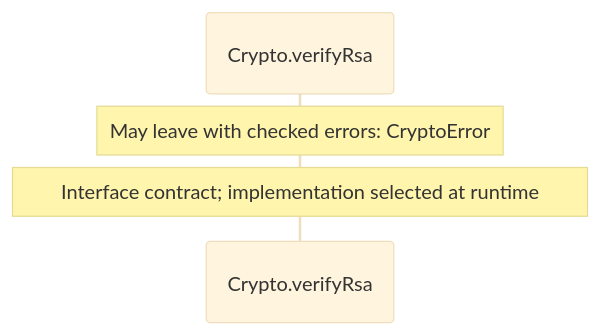
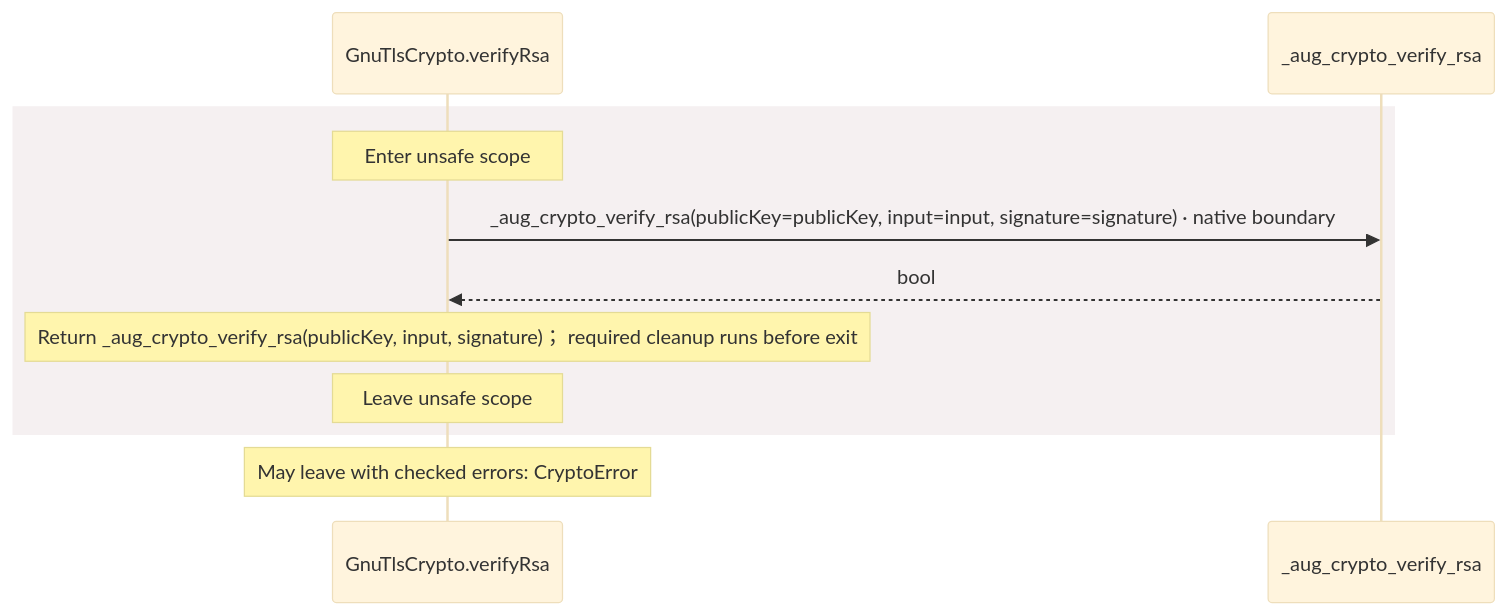
One commit to GreenPandaStudios/augscript changed the ninth of 14 diagrams in docs/examples/oidc-login/dependencies/packages/@git/url_9ef654c66d34ab8f5527/0.0.0-git.b14a0f9aa41f1ce58bd51133bcdc424033e40d40/contracts-diagrams.md. Above: the diagram before and after it, drawn with Mermaid (base theme). The commit also changed other lines of this file and 524 other files, not shown here.

Commit message:
Explain checked data flow at folder and service levels

````diff
--- a/docs/examples/oidc-login/dependencies/packages/@git/url_9ef654c66d34ab8f5527/0.0.0-git.b14a0f9aa41f1ce58bd51133bcdc424033e40d40/contracts-diagrams.md
+++ b/docs/examples/oidc-login/dependencies/packages/@git/url_9ef654c66d34ab8f5527/0.0.0-git.b14a0f9aa41f1ce58bd51133bcdc424033e40d40/contracts-diagrams.md
@@ -186,7 +391,13 @@
 ```mermaid
 sequenceDiagram
-    participant p0 as Crypto.verifyRsa
-
+    participant p0 as GnuTlsCrypto.verifyRsa
+    participant p1 as _aug_crypto_verify_rsa
+    rect rgb(245, 240, 241)
+    Note over p0: Enter unsafe scope
+    p0->>p1: _aug_crypto_verify_rsa(publicKey=publicKey, input=input, signature=signature) · native boundary
+    p1-->>p0: bool
+    Note over p0: Return _aug_crypto_verify_rsa(publicKey, input, signature)； required cleanup runs before exit
+    Note over p0: Leave unsafe scope
+    end
     Note over p0: May leave with checked errors: CryptoError
-    Note over p0: Interface contract#59; implementation selected at runtime
 ```
````
